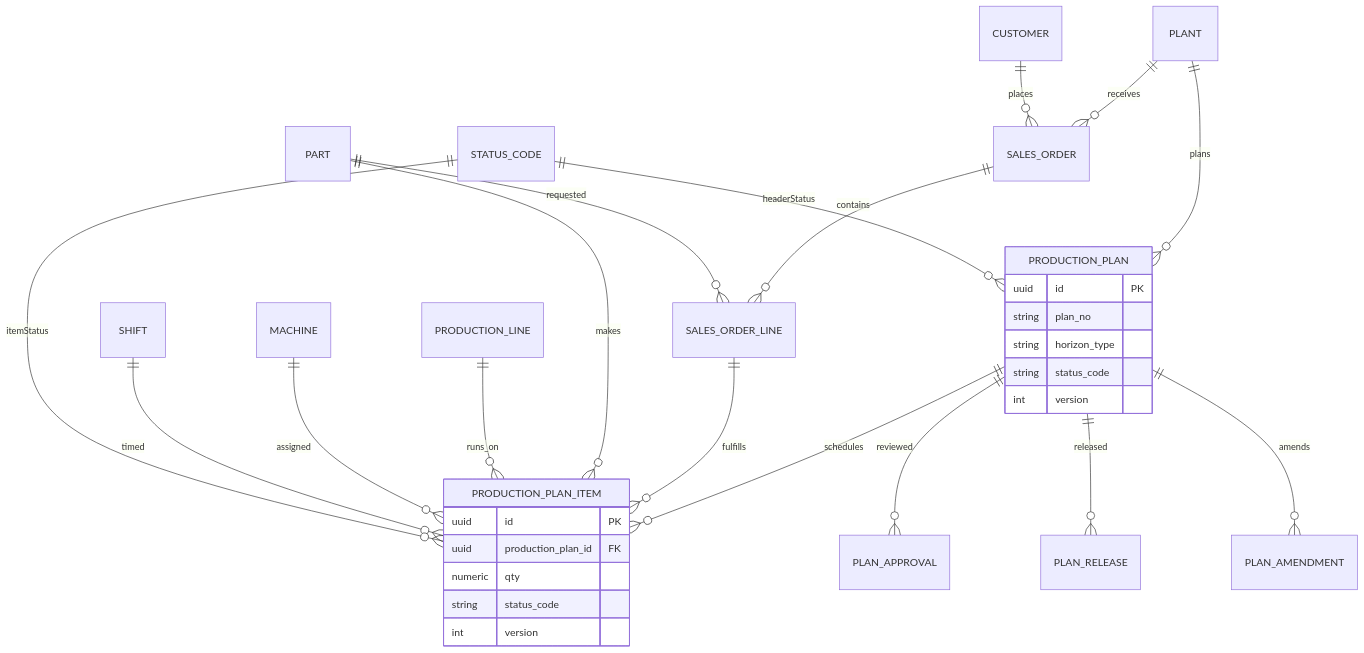
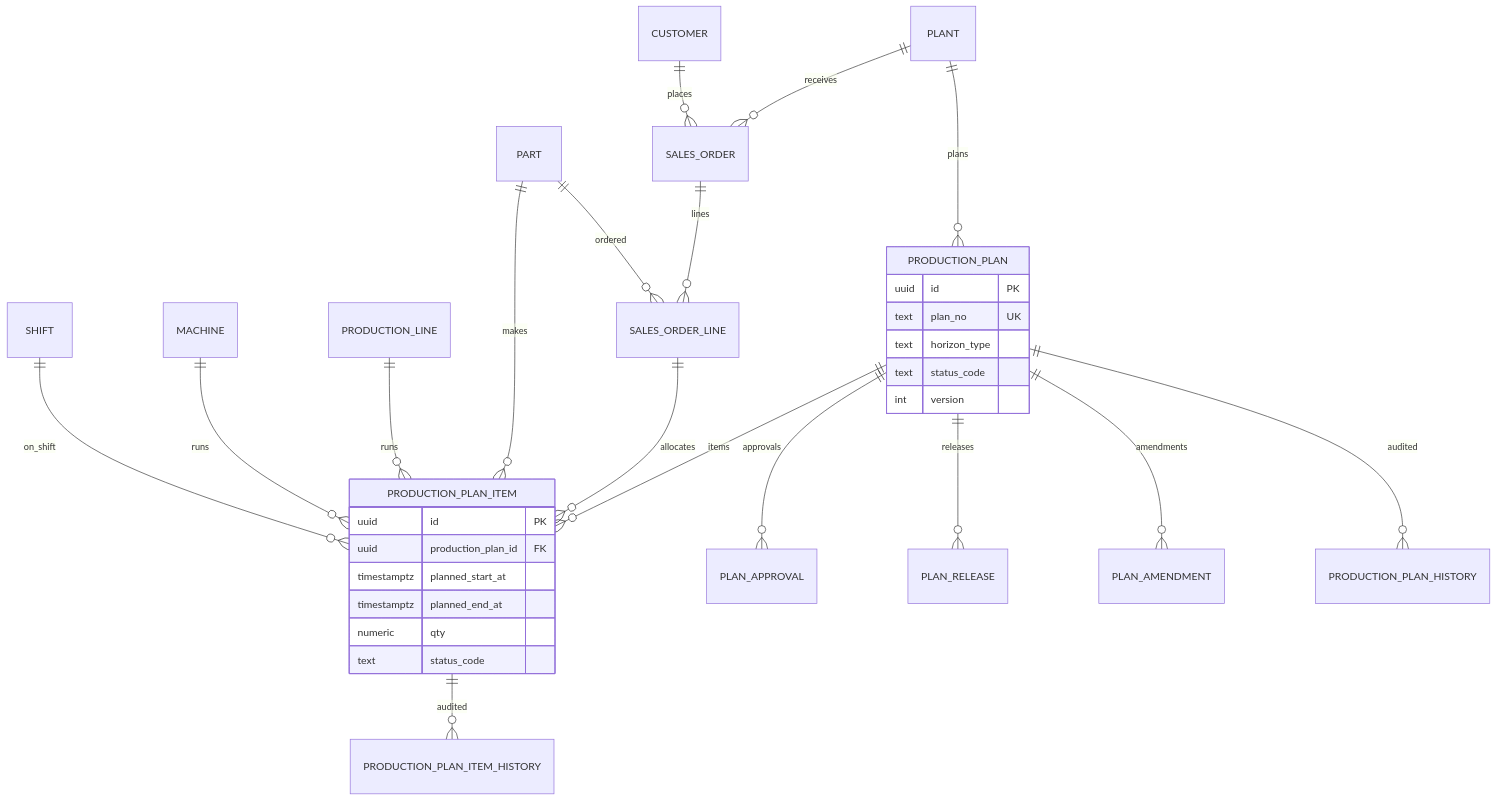
One commit to surasanetho-cmd/Factory-Operations changed the fifth of 6 diagrams in docs/06_ER_DIAGRAM.md. Above: the diagram before and after it, drawn with Mermaid. The commit also changed other lines of this file and 5 other files, not shown here.

````diff
--- a/docs/06_ER_DIAGRAM.md
+++ b/docs/06_ER_DIAGRAM.md
@@ -91,36 +164,38 @@
 ```mermaid
 erDiagram
   PLANT ||--o{ SALES_ORDER : receives
   CUSTOMER ||--o{ SALES_ORDER : places
-  SALES_ORDER ||--o{ SALES_ORDER_LINE : contains
-  PART ||--o{ SALES_ORDER_LINE : requested
+  SALES_ORDER ||--o{ SALES_ORDER_LINE : lines
+  PART ||--o{ SALES_ORDER_LINE : ordered
 
   PLANT ||--o{ PRODUCTION_PLAN : plans
-  PRODUCTION_PLAN ||--o{ PRODUCTION_PLAN_ITEM : schedules
-  PRODUCTION_PLAN ||--o{ PLAN_APPROVAL : reviewed
-  PRODUCTION_PLAN ||--o{ PLAN_RELEASE : released
-  PRODUCTION_PLAN ||--o{ PLAN_AMENDMENT : amends
+  PRODUCTION_PLAN ||--o{ PRODUCTION_PLAN_ITEM : items
+  PRODUCTION_PLAN ||--o{ PLAN_APPROVAL : approvals
+  PRODUCTION_PLAN ||--o{ PLAN_RELEASE : releases
+  PRODUCTION_PLAN ||--o{ PLAN_AMENDMENT : amendments
 
-  SALES_ORDER_LINE ||--o{ PRODUCTION_PLAN_ITEM : fulfills
+  SALES_ORDER_LINE ||--o{ PRODUCTION_PLAN_ITEM : allocates
   PART ||--o{ PRODUCTION_PLAN_ITEM : makes
-  PRODUCTION_LINE ||--o{ PRODUCTION_PLAN_ITEM : runs_on
-  MACHINE ||--o{ PRODUCTION_PLAN_ITEM : assigned
-  SHIFT ||--o{ PRODUCTION_PLAN_ITEM : timed
-  STATUS_CODE ||--o{ PRODUCTION_PLAN : headerStatus
-  STATUS_CODE ||--o{ PRODUCTION_PLAN_ITEM : itemStatus
+  PRODUCTION_LINE ||--o{ PRODUCTION_PLAN_ITEM : runs
+  MACHINE ||--o{ PRODUCTION_PLAN_ITEM : runs
+  SHIFT ||--o{ PRODUCTION_PLAN_ITEM : on_shift
+
+  PRODUCTION_PLAN ||--o{ PRODUCTION_PLAN_HISTORY : audited
+  PRODUCTION_PLAN_ITEM ||--o{ PRODUCTION_PLAN_ITEM_HISTORY : audited
 
   PRODUCTION_PLAN {
     uuid id PK
-    string plan_no
-    string horizon_type
-    string status_code
+    text plan_no UK
+    text horizon_type
+    text status_code
     int version
   }
   PRODUCTION_PLAN_ITEM {
     uuid id PK
     uuid production_plan_id FK
+    timestamptz planned_start_at
+    timestamptz planned_end_at
     numeric qty
-    string status_code
-    int version
+    text status_code
   }
 ```
````
